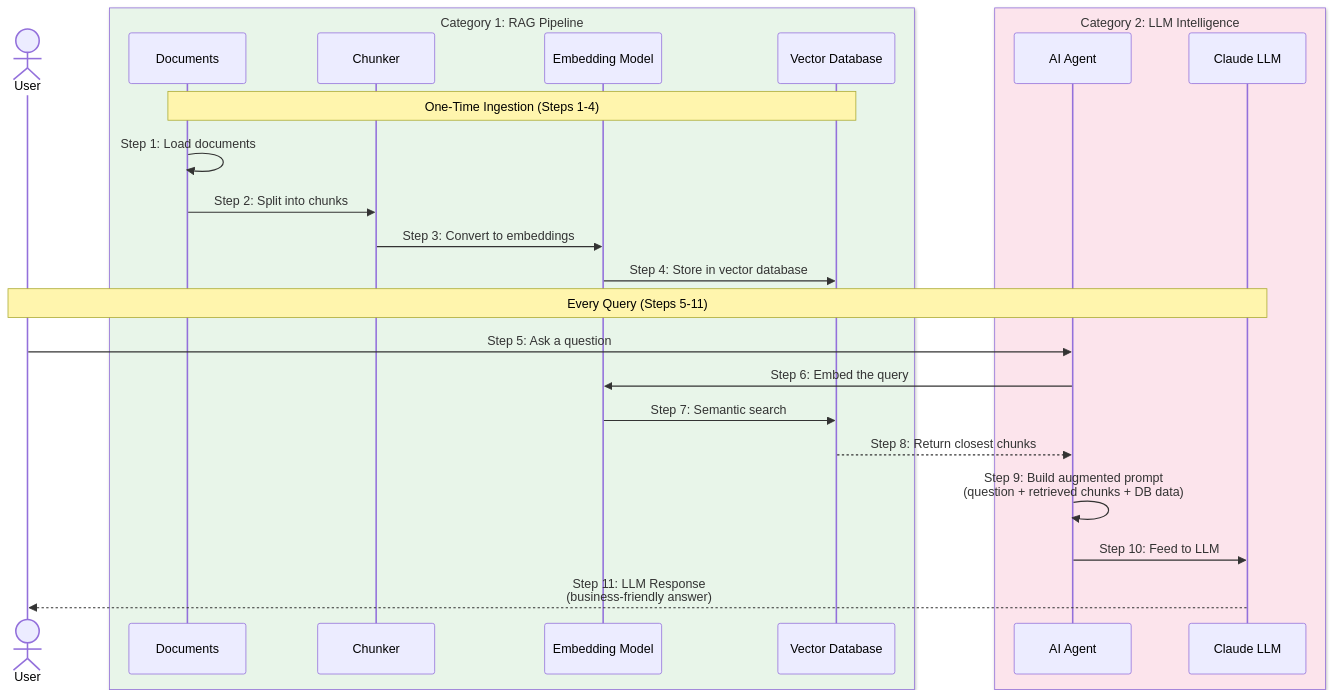
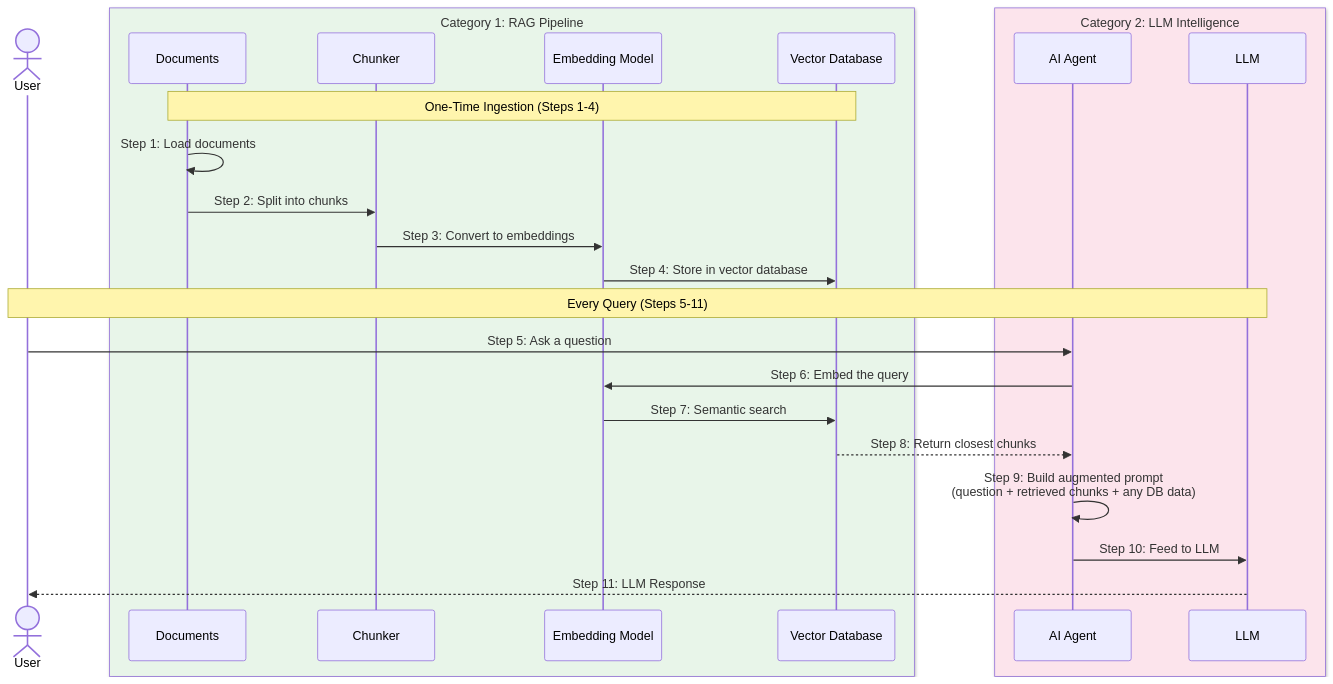
Before and after one commit to aakashkumar1980/certifications-aiml: the second of 4 diagrams in TUTORIAL_AI.md, drawn with Mermaid. The commit also changed other lines of this file and 1 other file, not shown here.

````diff
--- a/TUTORIAL_AI.md
+++ b/TUTORIAL_AI.md
@@ -99,31 +114,31 @@
 ```mermaid
 sequenceDiagram
     actor User as User
 
     box rgb(232, 245, 233) Category 1: RAG Pipeline
         participant Docs as Documents
         participant Chunk as Chunker
         participant Embed as Embedding Model
         participant VDB as Vector Database
     end
 
     box rgb(252, 228, 236) Category 2: LLM Intelligence
         participant Agent as AI Agent
-        participant LLM as Claude LLM
+        participant LLM as LLM
     end
 
     Note over Docs, VDB: One-Time Ingestion (Steps 1-4)
     Docs->>Docs: Step 1: Load documents
     Docs->>Chunk: Step 2: Split into chunks
     Chunk->>Embed: Step 3: Convert to embeddings
     Embed->>VDB: Step 4: Store in vector database
 
     Note over User, LLM: Every Query (Steps 5-11)
     User->>Agent: Step 5: Ask a question
     Agent->>Embed: Step 6: Embed the query
     Embed->>VDB: Step 7: Semantic search
     VDB-->>Agent: Step 8: Return closest chunks
-    Agent->>Agent: Step 9: Build augmented prompt<br/>(question + retrieved chunks + DB data)
+    Agent->>Agent: Step 9: Build augmented prompt<br/>(question + retrieved chunks + any DB data)
     Agent->>LLM: Step 10: Feed to LLM
-    LLM-->>User: Step 11: LLM Response<br/>(business-friendly answer)
+    LLM-->>User: Step 11: LLM Response
 ```
````
